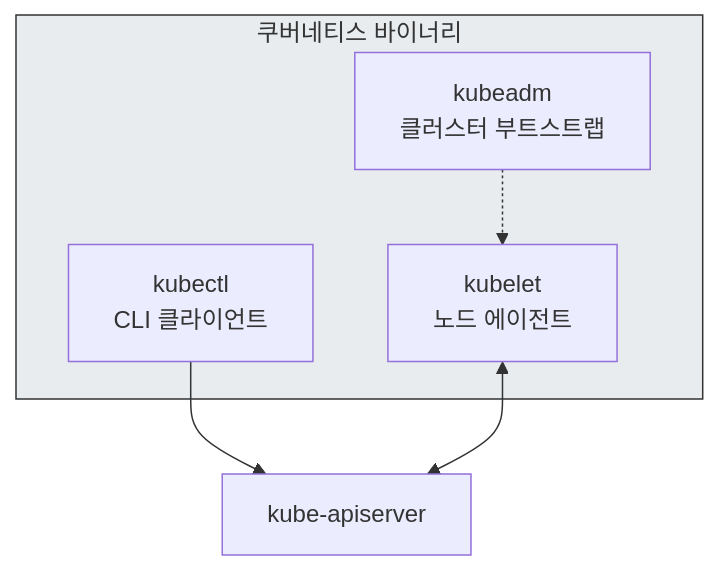
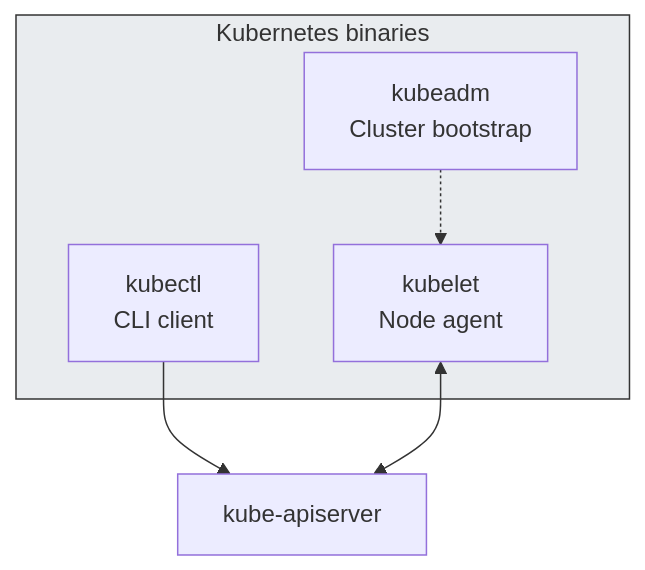
The ninth of 9 diagrams in i18n/en/docusaurus-plugin-content-blog/blog/2026-01-05/the-weight-of-kubernetes-installation.md (doxxx93/doxxx.dev), drawn with Mermaid before and after one commit. The commit also changed other lines of this file and 6 other files, not shown here.

````diff
--- a/i18n/en/docusaurus-plugin-content-blog/blog/2026-01-05/the-weight-of-kubernetes-installation.md
+++ b/i18n/en/docusaurus-plugin-content-blog/blog/2026-01-05/the-weight-of-kubernetes-installation.md
@@ -286,14 +286,14 @@
 ```mermaid
 graph TB
-    subgraph Binaries["쿠버네티스 바이너리"]
-        kubeadm["kubeadm<br/>클러스터 부트스트랩"]
-        kubelet["kubelet<br/>노드 에이전트"]
-        kubectl["kubectl<br/>CLI 클라이언트"]
+    subgraph Binaries["Kubernetes binaries"]
+        kubeadm["kubeadm<br/>Cluster bootstrap"]
+        kubelet["kubelet<br/>Node agent"]
+        kubectl["kubectl<br/>CLI client"]
     end
 
     kubeadm -.-> kubelet
     kubectl --> API["kube-apiserver"]
     kubelet <--> API
 
     style Binaries fill:#e9ecef,stroke:#333
 ```
````
